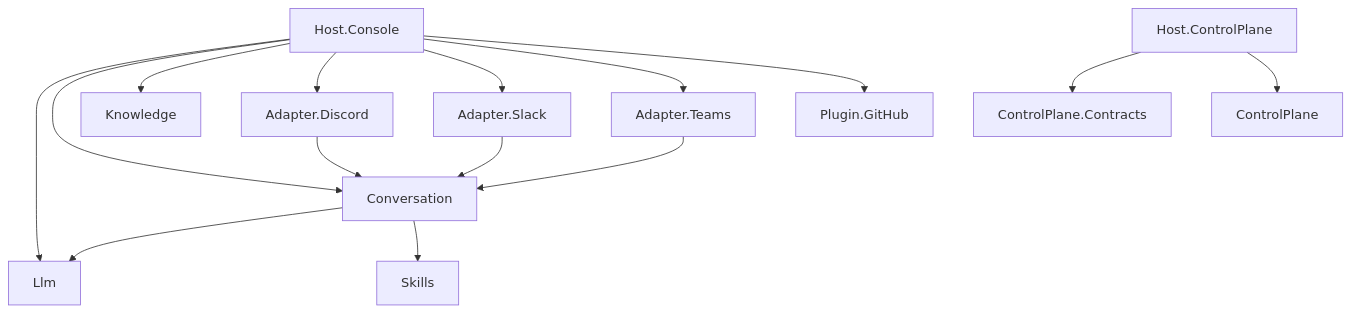
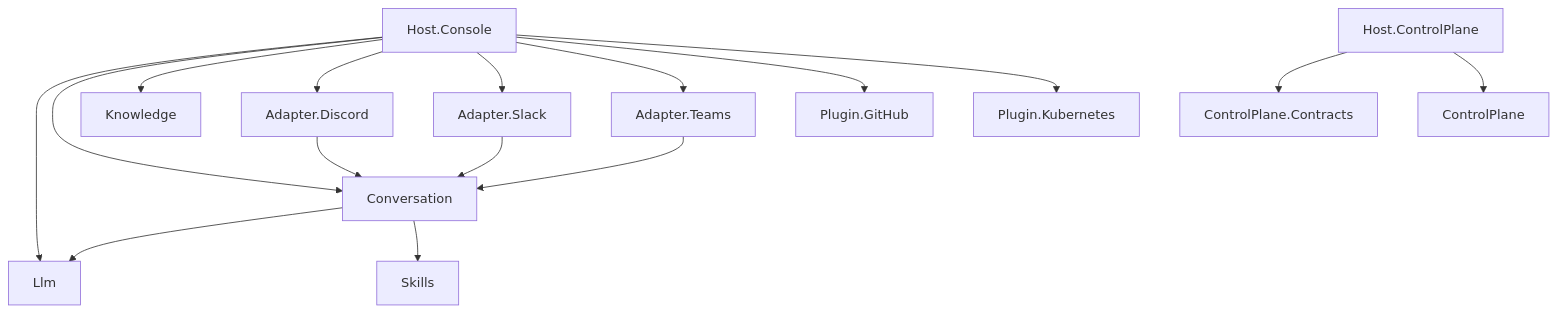
Before and after one commit to vitorafgomes/scout: the diagram in vault/pages/architecture/project-map.md, drawn with Mermaid. The commit also changed other lines of this file and 158 other files, not shown here.

````diff
--- a/vault/pages/architecture/project-map.md
+++ b/vault/pages/architecture/project-map.md
@@ -36,17 +38,18 @@
 ```mermaid
 flowchart TD
     HC[Host.Console] --> Llm
     HC --> Conversation
     HC --> Knowledge
     HC --> Discord[Adapter.Discord]
     HC --> Slack[Adapter.Slack]
     HC --> Teams[Adapter.Teams]
     HC --> GH[Plugin.GitHub]
+    HC --> K8S[Plugin.Kubernetes]
     Conversation --> Llm
     Conversation --> Skills
     Discord --> Conversation
     Slack --> Conversation
     Teams --> Conversation
     HCP[Host.ControlPlane] --> Contracts[ControlPlane.Contracts]
     HCP --> CP[ControlPlane]
 ```
````
